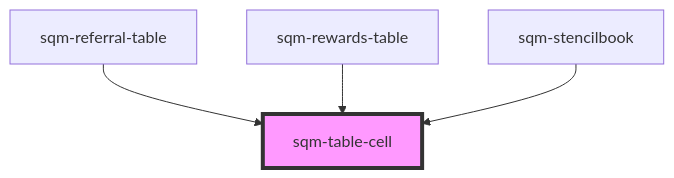
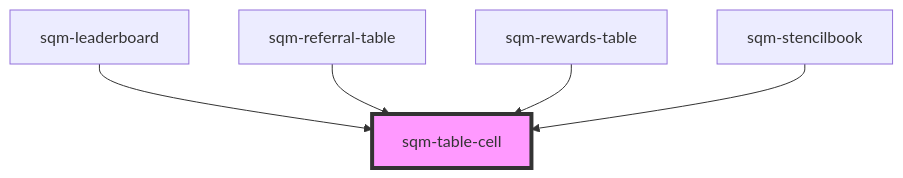
The diagram in packages/mint-components/src/components/sqm-table-cell/readme.md (saasquatch/program-tools), drawn with Mermaid before and after one commit. The commit also changed other lines of this file and 7 other files, not shown here.

````diff
--- a/packages/mint-components/src/components/sqm-table-cell/readme.md
+++ b/packages/mint-components/src/components/sqm-table-cell/readme.md
@@ -23,7 +24,8 @@
 ```mermaid
 graph TD;
+  sqm-leaderboard --> sqm-table-cell
   sqm-referral-table --> sqm-table-cell
   sqm-rewards-table --> sqm-table-cell
   sqm-stencilbook --> sqm-table-cell
   style sqm-table-cell fill:#f9f,stroke:#333,stroke-width:4px
 ```
````
